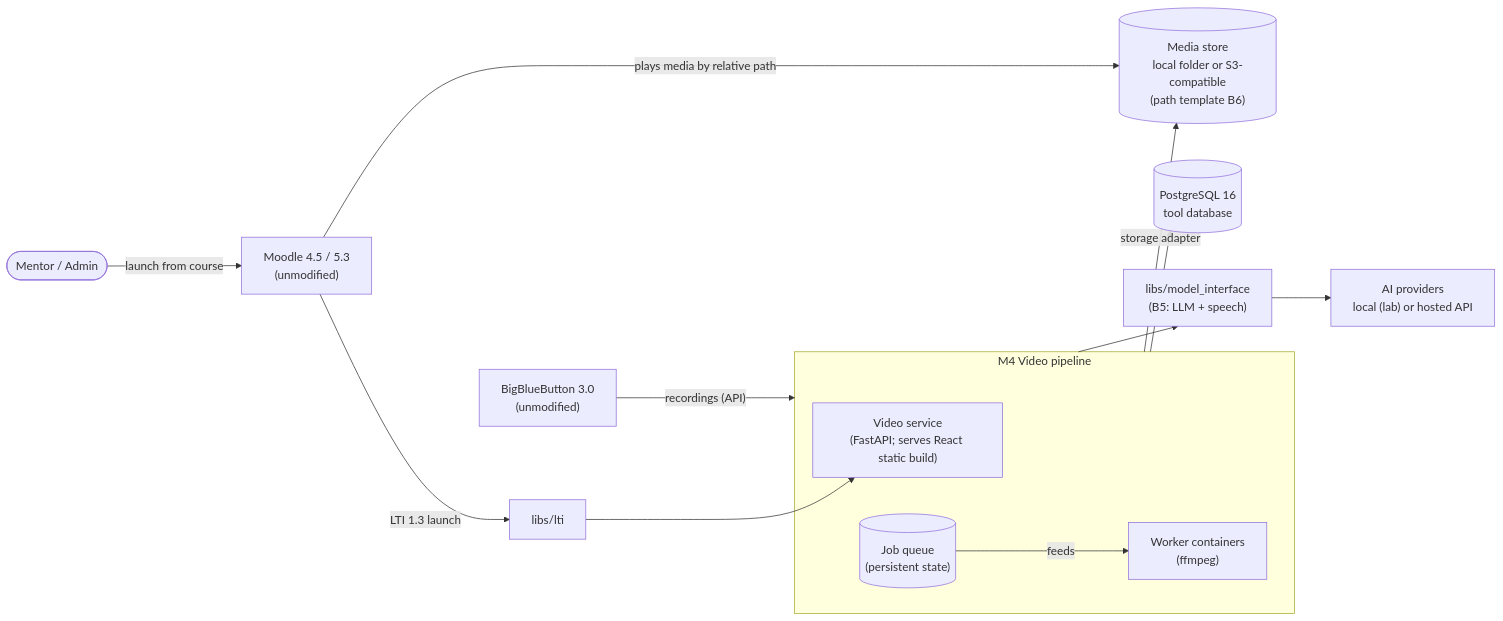
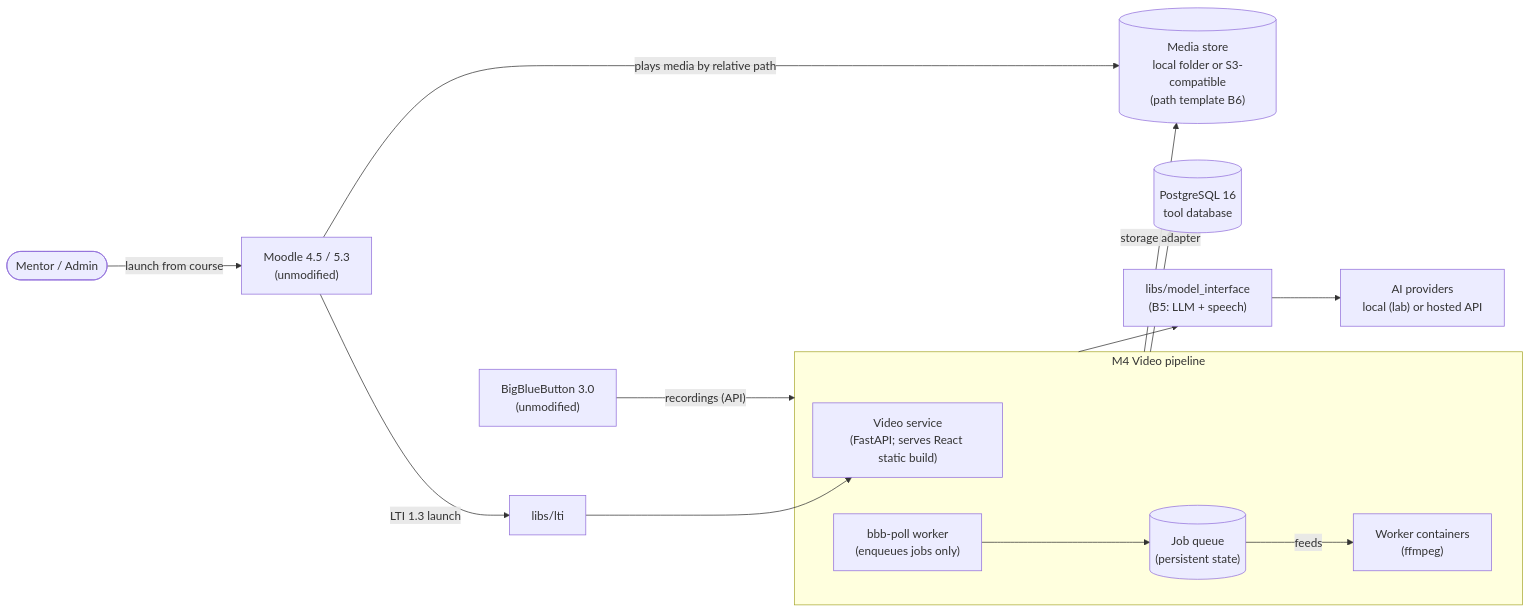
One commit to narenccode/learnops changed the diagram in docs/design/video.md. Above: the diagram before and after it, drawn with Mermaid. The commit also changed other lines of this file, not shown here.

Commit message:
docs(video): complete the design document draft; refresh stale facts; add guide questions Q1-Q16 (FR-V-01..15, design only)

````diff
--- a/docs/design/video.md
+++ b/docs/design/video.md
@@ -53,18 +56,19 @@
 ```mermaid
 flowchart LR
     MENTOR(["Mentor / Admin"]) -->|launch from course| MOODLE["Moodle 4.5 / 5.3<br/>(unmodified)"]
     MOODLE -->|LTI 1.3 launch| LTI["libs/lti"]
     subgraph M4["M4 Video pipeline"]
         SVC["Video service<br/>(FastAPI; serves React static build)"]
         Q[("Job queue<br/>(persistent state)")]
         WORKER["Worker containers<br/>(ffmpeg)"]
         Q -->|feeds| WORKER
+    POLL["bbb-poll worker<br/>(enqueues jobs only)"] --> Q
     end
     LTI --> SVC
     BBB["BigBlueButton 3.0<br/>(unmodified)"] -->|"recordings (API)"| M4
     M4 --> MI["libs/model_interface<br/>(B5: LLM + speech)"]
     MI --> AI["AI providers<br/>local (lab) or hosted API"]
     M4 -->|storage adapter| MEDIA[("Media store<br/>local folder or S3-compatible<br/>(path template B6)")]
     M4 --> STORE[("PostgreSQL 16<br/>tool database")]
     MOODLE -->|plays media by relative path| MEDIA
 ```
````
